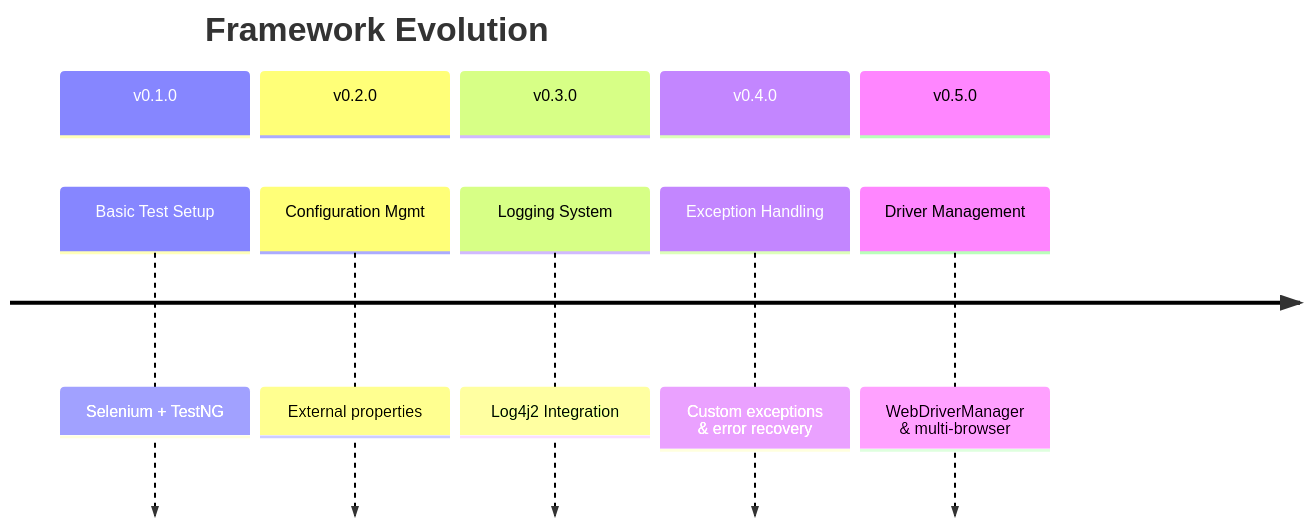
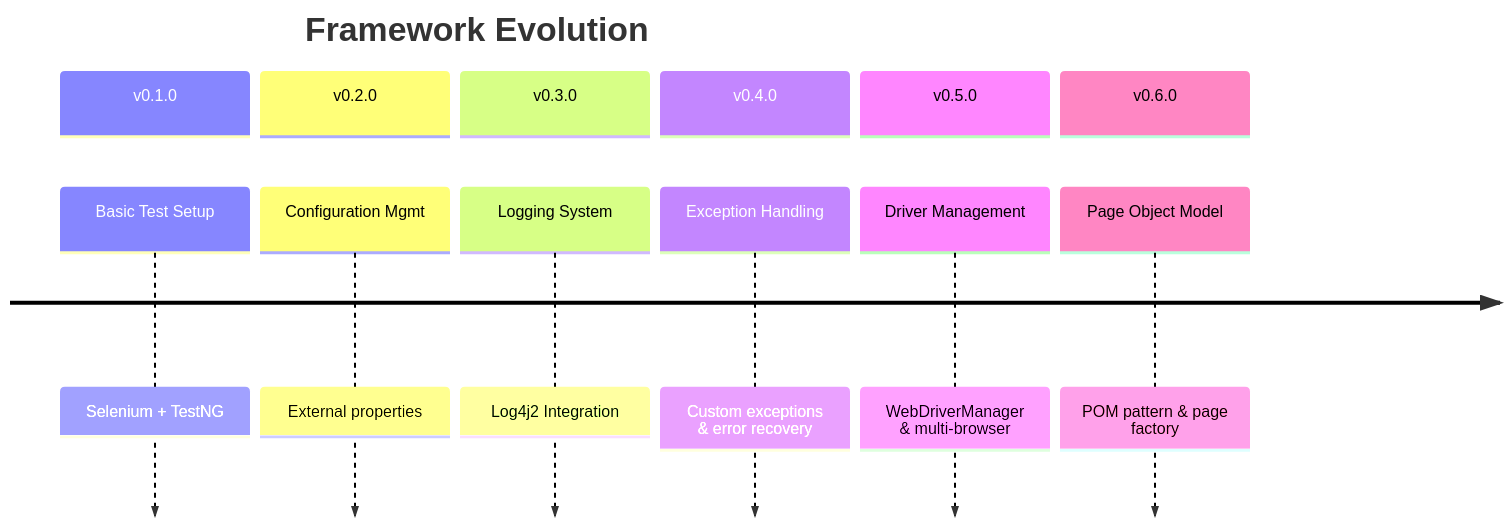
One commit to Anuj-Patiyal/hybrid-framework changed the first of 12 diagrams in README.md. Above: the diagram before and after it, drawn with Mermaid. The commit also changed other lines of this file and 8 other files, not shown here.

First line of the commit message:
🎯 [RELEASE] 🚀 v0.6.0 - Page Object Model Release (#33)

````diff
--- a/README.md
+++ b/README.md
@@ -59,14 +60,16 @@
 ```mermaid
 timeline
     title Framework Evolution
     section v0.1.0
         Basic Test Setup : Selenium + TestNG
     section v0.2.0
         Configuration Mgmt : External properties
     section v0.3.0
         Logging System : Log4j2 Integration
     section v0.4.0
         Exception Handling: Custom exceptions & error recovery
     section v0.5.0
         Driver Management: WebDriverManager & multi-browser
+    section v0.6.0
+        Page Object Model: POM pattern & page factory
 ```
````
